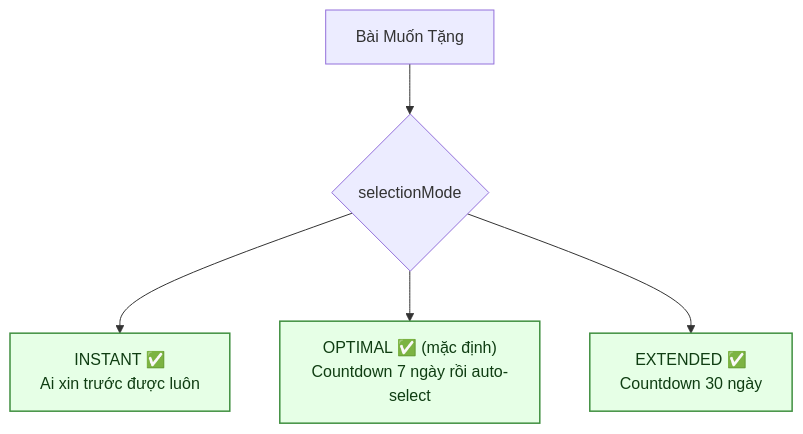
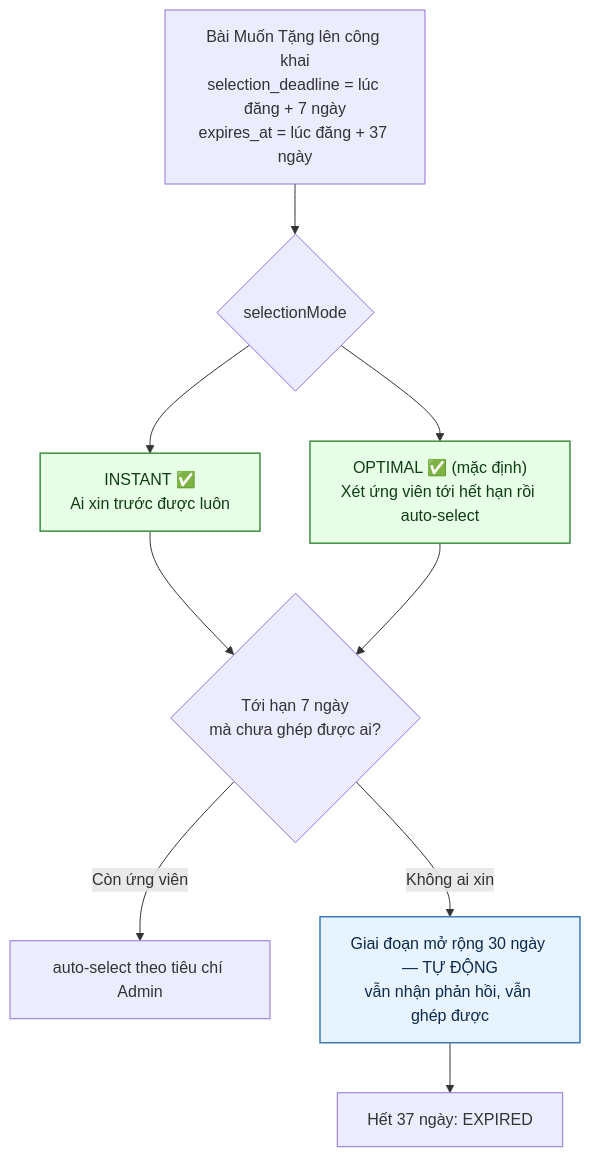
Before and after one commit to fdshn/trueheart: the first of 8 diagrams in docs/diagram/07-request.md, drawn with Mermaid. The commit also changed other lines of this file and 20 other files, not shown here.

First line of the commit message:
feat(f40): đồng hồ chọn người nhận tính từ LÚC ĐĂNG, bỏ EXTENDED (CHỐT-10)

````diff
--- a/docs/diagram/07-request.md
+++ b/docs/diagram/07-request.md
@@ -18,11 +23,16 @@
 ```mermaid
 flowchart TD
-    P[Bài Muốn Tặng] --> M{selectionMode}
+    P["Bài Muốn Tặng lên công khai<br/>selection_deadline = lúc đăng + 7 ngày<br/>expires_at = lúc đăng + 37 ngày"] --> M{selectionMode}
     M --> I["INSTANT ✅<br/>Ai xin trước được luôn"]
-    M --> O["OPTIMAL ✅ (mặc định)<br/>Countdown 7 ngày rồi auto-select"]
-    M --> E["EXTENDED ✅<br/>Countdown 30 ngày"]
+    M --> O["OPTIMAL ✅ (mặc định)<br/>Xét ứng viên tới hết hạn rồi auto-select"]
+
+    I --> D{"Tới hạn 7 ngày<br/>mà chưa ghép được ai?"}
+    O --> D
+    D -->|Còn ứng viên| S["auto-select theo tiêu chí Admin"]
+    D -->|Không ai xin| X["Giai đoạn mở rộng 30 ngày — TỰ ĐỘNG<br/>vẫn nhận phản hồi, vẫn ghép được"]
+    X --> E2["Hết 37 ngày: EXPIRED"]
 
     style I fill:#e6ffe6,stroke:#3f8f3f,stroke-width:1.5px,color:#0f3d12
     style O fill:#e6ffe6,stroke:#3f8f3f,stroke-width:1.5px,color:#0f3d12
-    style E fill:#e6ffe6,stroke:#3f8f3f,stroke-width:1.5px,color:#0f3d12
+    style X fill:#e7f3ff,stroke:#3d7ab8,stroke-width:1.5px,color:#0d2a4a
 ```
````
